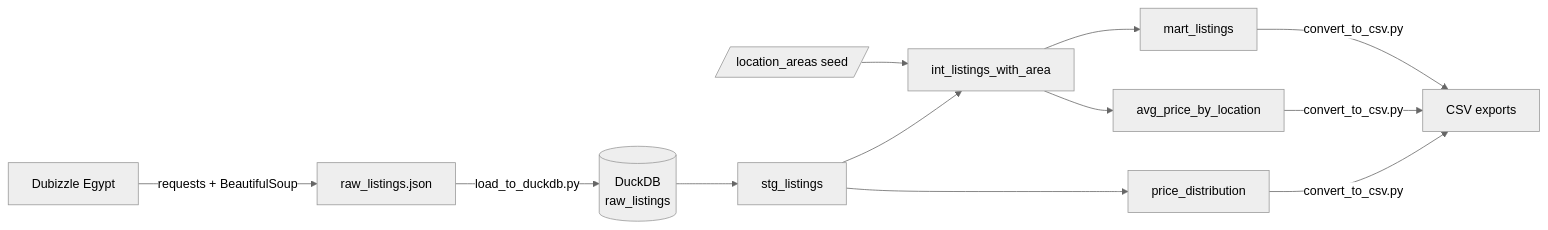
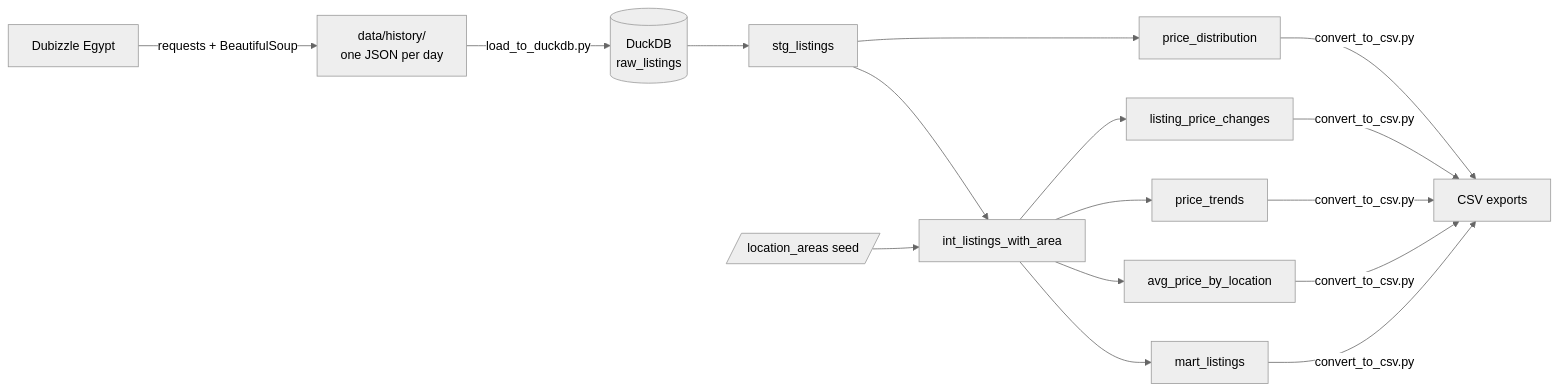
The diagram in README.md (GigiMW/egypt-realestate-pipeline), drawn with Mermaid (neutral theme) before and after one commit. The commit also changed other lines of this file and 17 other files, not shown here.

First line of the commit message:
Keep price history across scrapes

````diff
--- a/README.md
+++ b/README.md
@@ -13,12 +13,14 @@
 ```mermaid
 flowchart LR
-    A[Dubizzle Egypt] -->|requests + BeautifulSoup| B[raw_listings.json]
+    A[Dubizzle Egypt] -->|requests + BeautifulSoup| B[data/history/<br/>one JSON per day]
     B -->|load_to_duckdb.py| C[(DuckDB<br/>raw_listings)]
     C --> D[stg_listings]
     S[/location_areas seed/] --> I
     D --> I[int_listings_with_area]
     I --> E[mart_listings]
     I --> F[avg_price_by_location]
     D --> G[price_distribution]
-    E & F & G -->|convert_to_csv.py| H[CSV exports]
+    I --> T[price_trends]
+    I --> P[listing_price_changes]
+    E & F & G & T & P -->|convert_to_csv.py| H[CSV exports]
 ```
````
